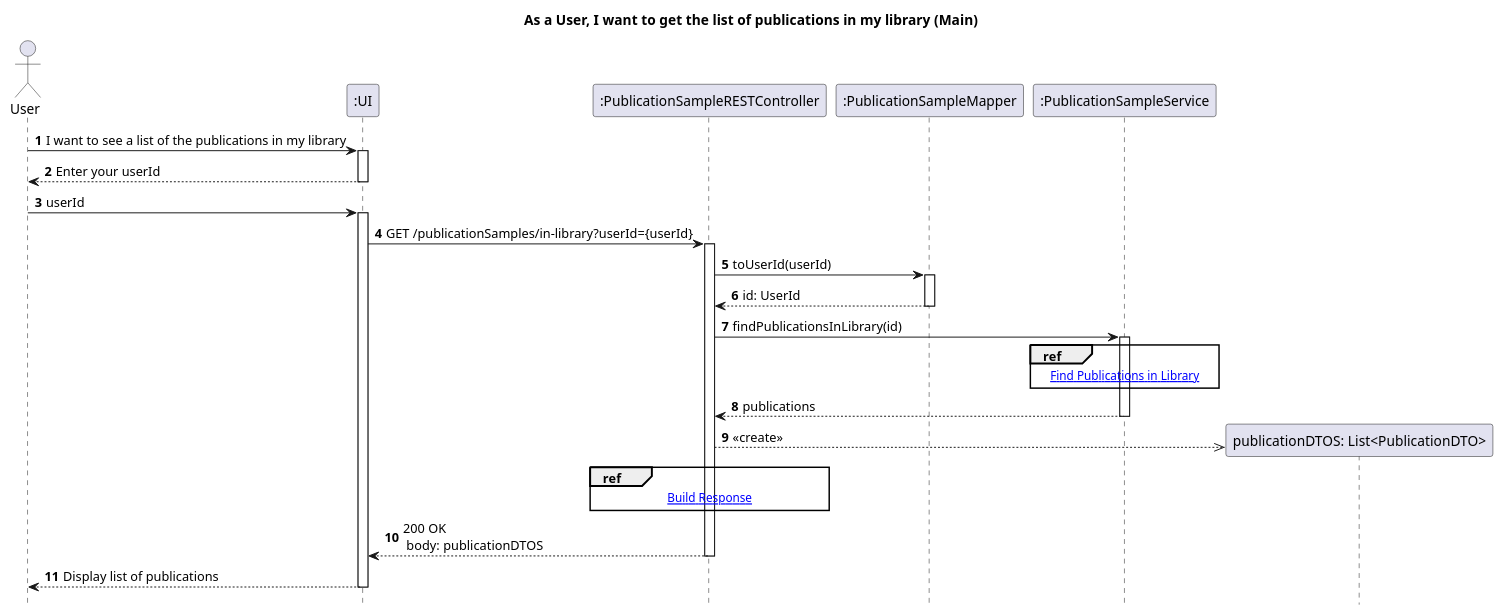
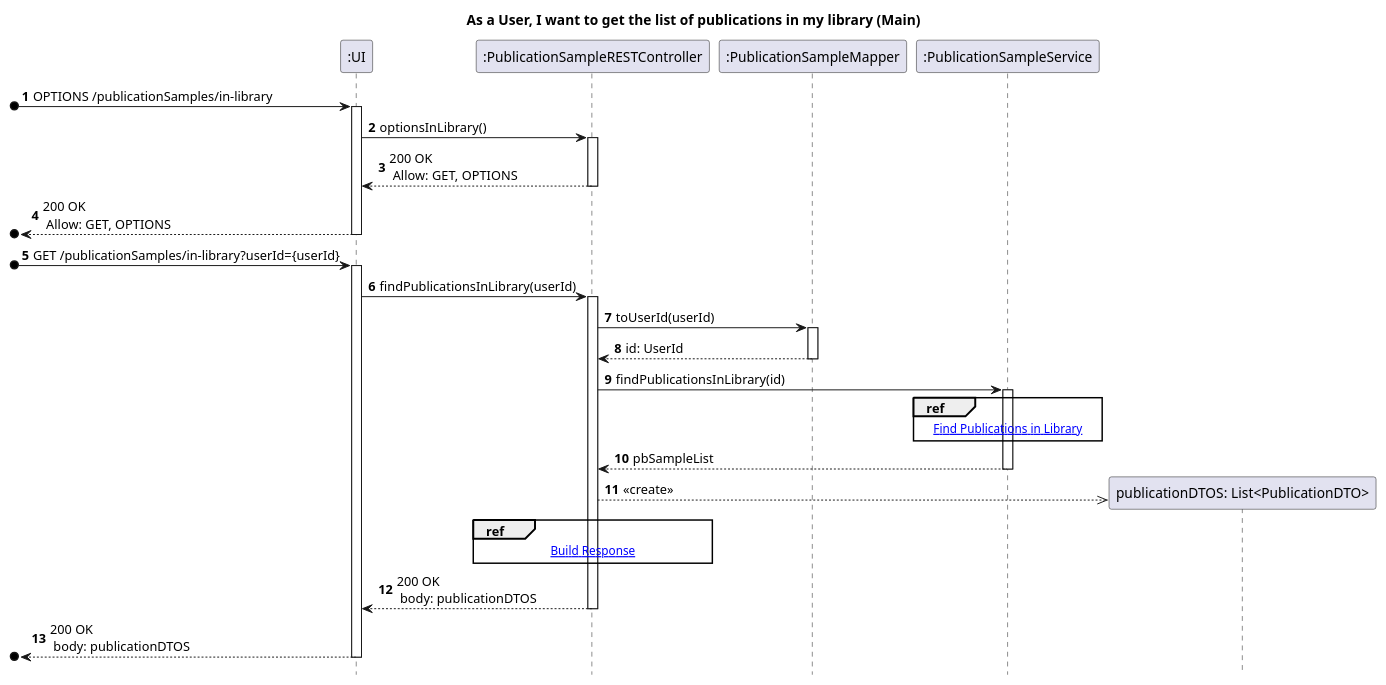
Before and after one commit to AndrePereiraGitH/SWitCH-Project-Team_A: the diagram in Diagrams/SequenceDiagrams/N2/To-Get-List-Of-Publications-In-My-Library/REST/1_MainDiagram.puml, drawn with PlantUML. The commit also changed 3 other files, not shown here.

Commit message:
docs #953: align REST sequence diagrams with OPTIONS endpoints and current controller code

```diff
--- a/Diagrams/SequenceDiagrams/N2/To-Get-List-Of-Publications-In-My-Library/REST/1_MainDiagram.puml
+++ b/Diagrams/SequenceDiagrams/N2/To-Get-List-Of-Publications-In-My-Library/REST/1_MainDiagram.puml
@@ -1,50 +1,56 @@
 @startuml
 autonumber
 hide footbox
 title As a User, I want to get the list of publications in my library (Main)
 
-actor User
 participant ":UI" as UI
 participant ":PublicationSampleRESTController" as Ctrl
 participant ":PublicationSampleMapper" as Mapper
 participant ":PublicationSampleService" as Service
 participant "publicationDTOS: List<PublicationDTO>" as ListDTO
 
-User -> UI : I want to see a list of the publications in my library
-activate UI
-UI --> User : Enter your userId
-deactivate UI
-User -> UI : userId
+[o-> UI : OPTIONS /publicationSamples/in-library
 activate UI
 
-UI -> Ctrl : GET /publicationSamples/in-library?userId={userId}
+UI -> Ctrl : optionsInLibrary()
+activate Ctrl
+Ctrl --> UI : 200 OK\n Allow: GET, OPTIONS
+deactivate Ctrl
+
+[o<-- UI : 200 OK\n Allow: GET, OPTIONS
+deactivate UI
+
+[o-> UI : GET /publicationSamples/in-library?userId={userId}
+activate UI
+
+UI -> Ctrl : findPublicationsInLibrary(userId)
 activate Ctrl
 
 Ctrl -> Mapper : toUserId(userId)
 activate Mapper
 Mapper --> Ctrl : id: UserId
 deactivate Mapper
 
 Ctrl -> Service : findPublicationsInLibrary(id)
 activate Service
 
 ref over Service
 [[2_FindPublicationsInLibrary.puml Find Publications in Library]]
 end ref
 
-Service --> Ctrl : publications
+Service --> Ctrl : pbSampleList
 deactivate Service
 
 Ctrl -->> ListDTO ** : <<create>>
 
 ref over Ctrl
 [[3_BuildResponse.puml Build Response]]
 end ref
 
 Ctrl --> UI : 200 OK\n body: publicationDTOS
 deactivate Ctrl
 
-UI --> User : Display list of publications
+[o<-- UI : 200 OK\n body: publicationDTOS
 deactivate UI
 
 @enduml
```
